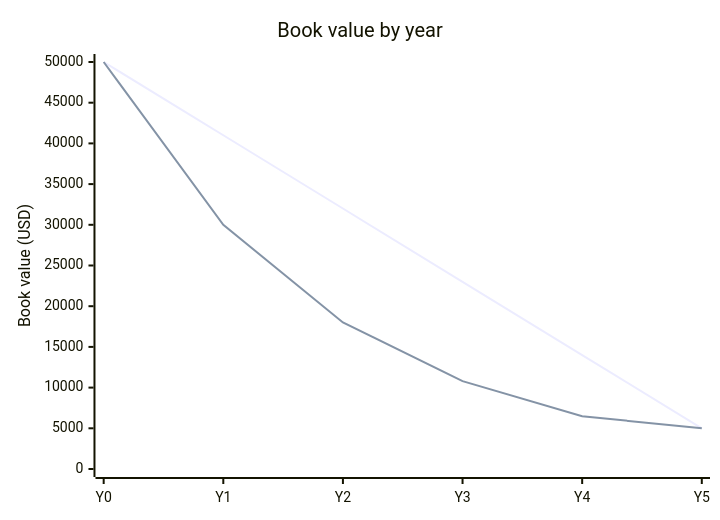
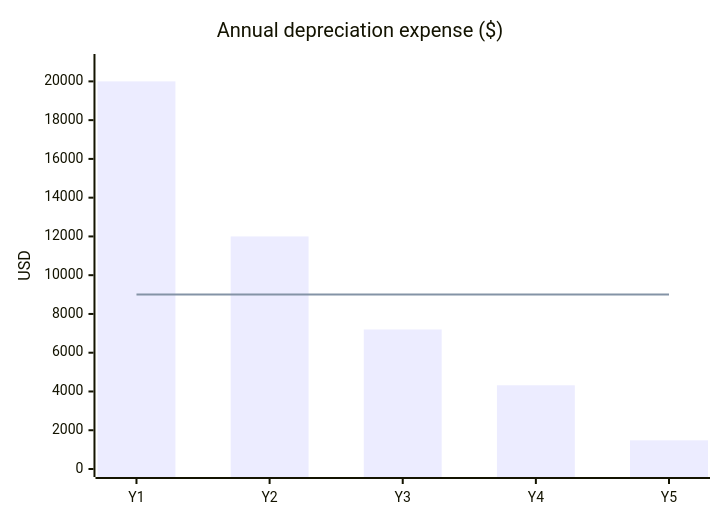
The diagram in eval/figure/generated/haiku/a-depreciation.md (vrevolverrr/vicher), drawn with Mermaid before and after one commit. The commit also changed other lines of this file and 105 other files, not shown here.

Commit message:
test(eval): regenerate the figure replies with groups and states

````diff
--- a/eval/figure/generated/haiku/a-depreciation.md
+++ b/eval/figure/generated/haiku/a-depreciation.md
@@ -17,8 +13,8 @@
 ```mermaid
 xychart-beta
-    title "Book value by year"
-    x-axis ["Y0", "Y1", "Y2", "Y3", "Y4", "Y5"]
-    y-axis "Book value (USD)" 0 --> 50000
-    line [50000, 41000, 32000, 23000, 14000, 5000]
-    line [50000, 30000, 18000, 10800, 6480, 5000]
+    title "Annual depreciation expense ($)"
+    x-axis [Y1, Y2, Y3, Y4, Y5]
+    y-axis "USD" 0 --> 21000
+    bar [20000, 12000, 7200, 4320, 1480]
+    line [9000, 9000, 9000, 9000, 9000]
 ```
````
